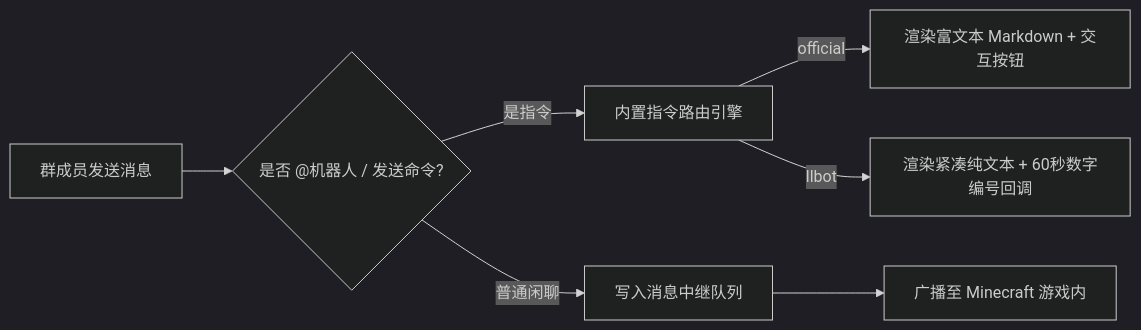
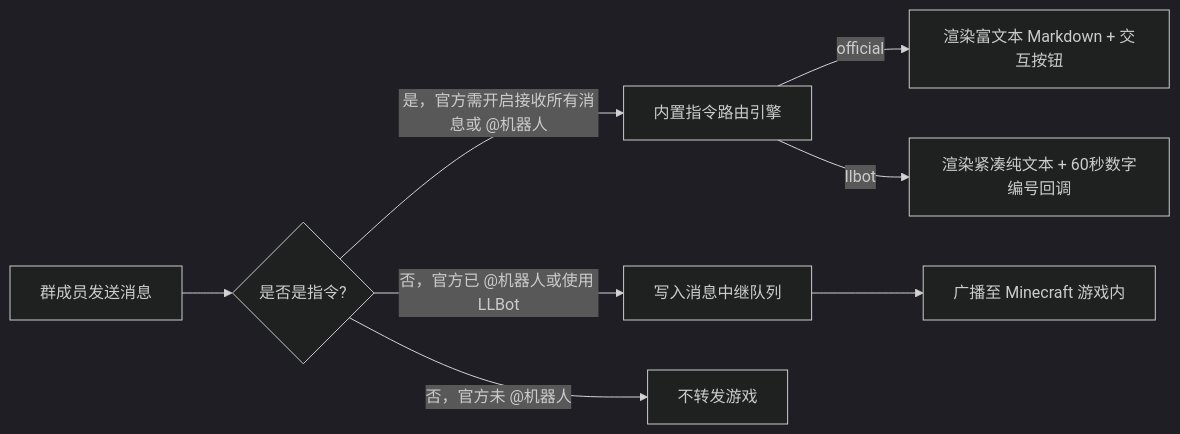
One commit to DogeLakeDev/ScriptsForMinecraftServer changed the second of 3 diagrams in docs/zh/guide/qq-bridge.mdx. Above: the diagram before and after it, drawn with Mermaid (dark theme). The commit also changed other lines of this file and 56 other files, not shown here.

````diff
--- a/docs/zh/guide/qq-bridge.mdx
+++ b/docs/zh/guide/qq-bridge.mdx
@@ -163,10 +181,11 @@
 ```mermaid
 flowchart LR
-  Msg[群成员发送消息] --> CheckAt{是否 @机器人 / 发送命令?}
-  CheckAt -->|是指令| CommandRouter[内置指令路由引擎]
-  CheckAt -->|普通闲聊| ChatRelay[写入消息中继队列]
+  Msg[群成员发送消息] --> CommandCheck{是否是指令?}
+  CommandCheck -->|是，官方需开启接收所有消息或 @机器人| CommandRouter[内置指令路由引擎]
+  CommandCheck -->|否，官方已 @机器人或使用 LLBot| ChatRelay[写入消息中继队列]
+  CommandCheck -->|否，官方未 @机器人| Ignore[不转发游戏]
 
   CommandRouter -->|official| MD[渲染富文本 Markdown + 交互按钮]
   CommandRouter -->|llbot| TXT[渲染紧凑纯文本 + 60秒数字编号回调]
   ChatRelay --> InGame[广播至 Minecraft 游戏内]
 ```
````
